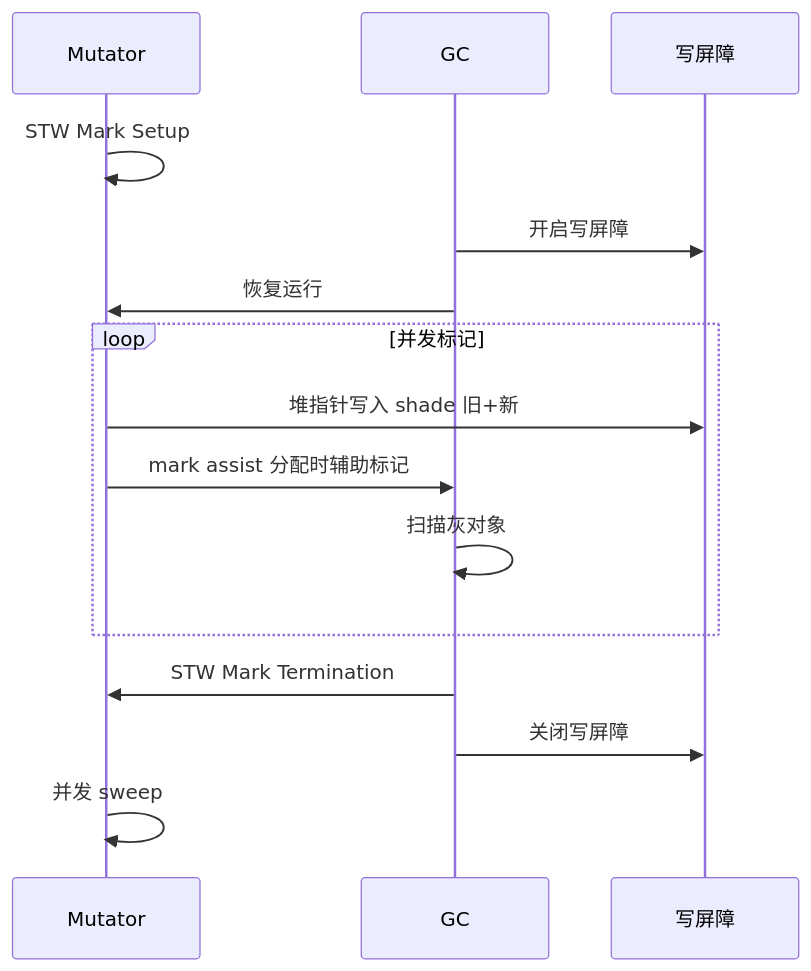
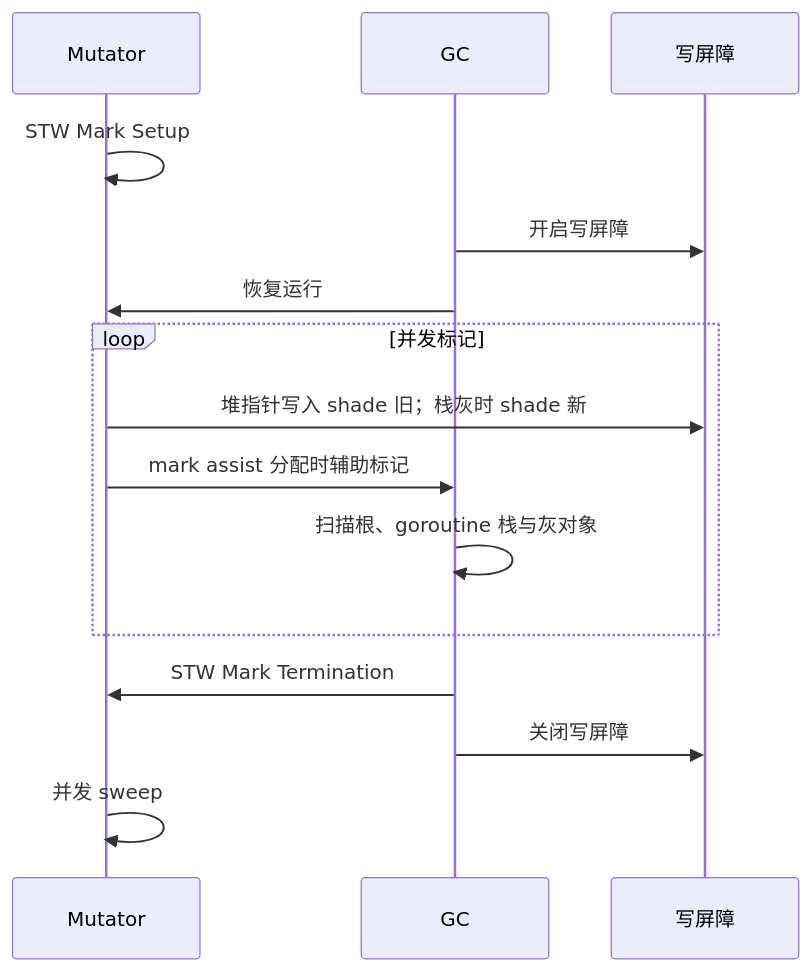
One commit to twodog-tt/Golang-development-manual changed the seventh of 7 diagrams in docs/interview/02-memory-gc/S-MEM-01-tri-color-gc.md. Above: the diagram before and after it, drawn with Mermaid. The commit also changed other lines of this file and 438 other files, not shown here.

````diff
--- a/docs/interview/02-memory-gc/S-MEM-01-tri-color-gc.md
+++ b/docs/interview/02-memory-gc/S-MEM-01-tri-color-gc.md
@@ -220,18 +227,18 @@
 ```mermaid
 sequenceDiagram
   participant M as Mutator
   participant GC as GC
   participant WB as 写屏障
 
   M->>M: STW Mark Setup
   GC->>WB: 开启写屏障
   GC->>M: 恢复运行
   loop 并发标记
-    M->>WB: 堆指针写入 shade 旧+新
+    M->>WB: 堆指针写入 shade 旧；栈灰时 shade 新
     M->>GC: mark assist 分配时辅助标记
-    GC->>GC: 扫描灰对象
+    GC->>GC: 扫描根、goroutine 栈与灰对象
   end
   GC->>M: STW Mark Termination
   GC->>WB: 关闭写屏障
   M->>M: 并发 sweep
 ```
````
